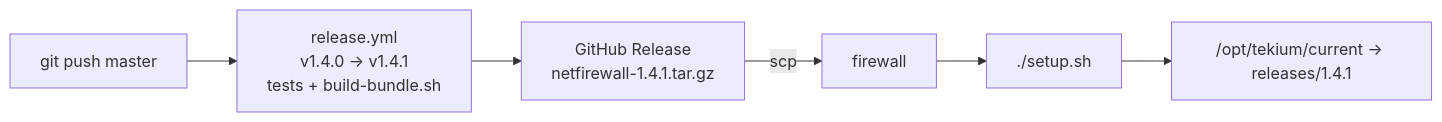
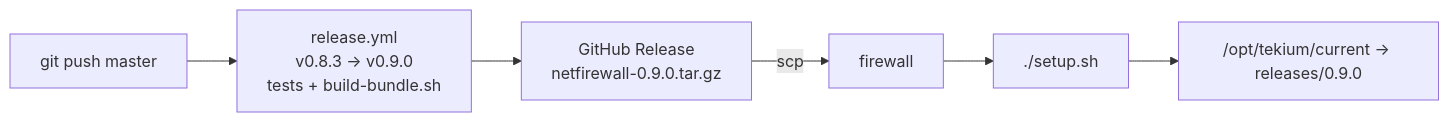
Before and after one commit to mchinchilla/NetFirewall: the second of 5 diagrams in README.md, drawn with Mermaid. The commit also changed other lines of this file and 7 other files, not shown here.

````diff
--- a/README.md
+++ b/README.md
@@ -146,8 +152,8 @@
 ```mermaid
 flowchart LR
-    A[git push master] --> B[release.yml<br/>v1.4.0 → v1.4.1<br/>tests + build-bundle.sh]
-    B --> C[GitHub Release<br/>netfirewall-1.4.1.tar.gz]
+    A[git push master] --> B[release.yml<br/>v0.8.3 → v0.9.0<br/>tests + build-bundle.sh]
+    B --> C[GitHub Release<br/>netfirewall-0.9.0.tar.gz]
     C -->|scp| D[firewall]
     D --> E[./setup.sh]
-    E --> F["/opt/tekium/current → releases/1.4.1"]
+    E --> F["/opt/tekium/current → releases/0.9.0"]
 ```
````
